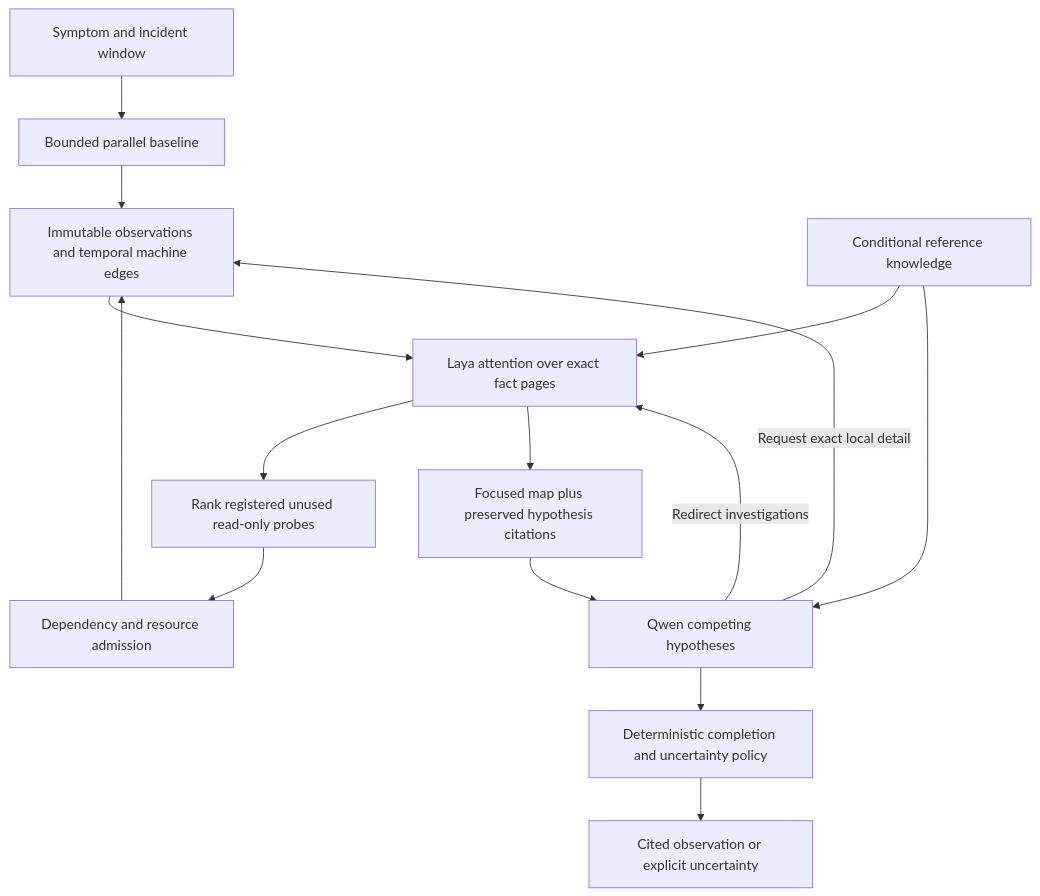
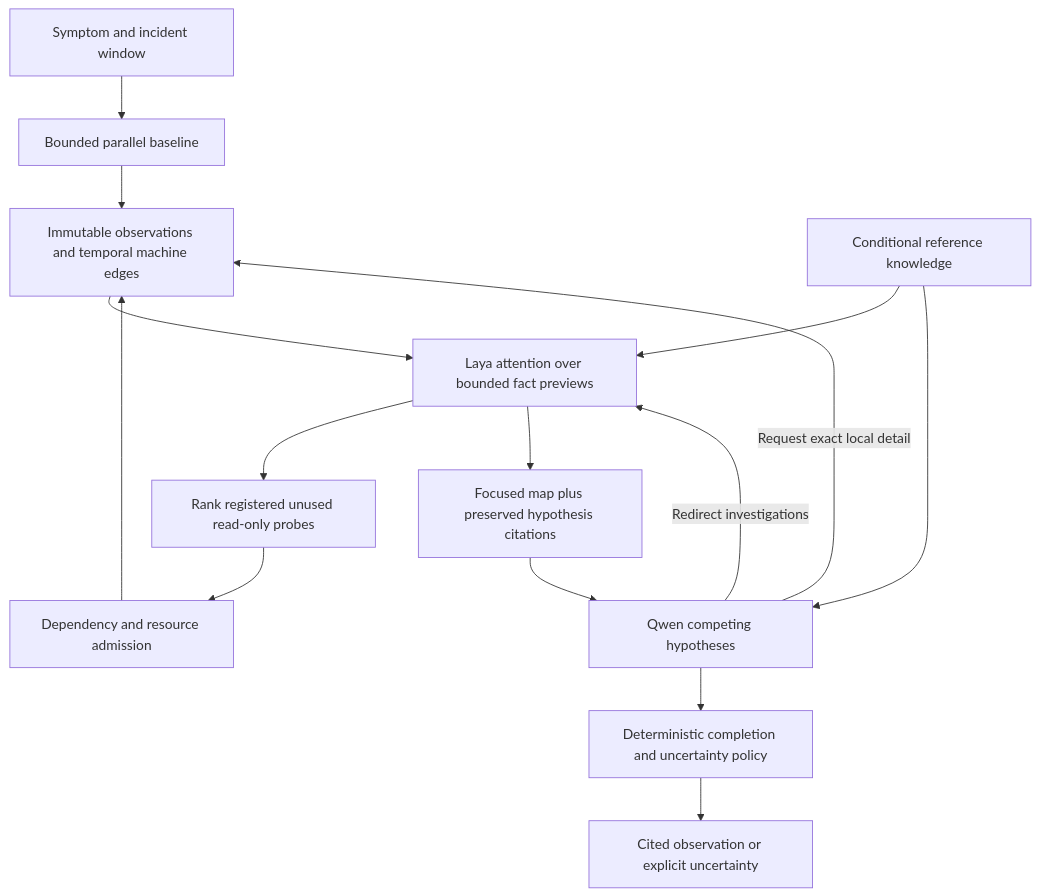
The diagram in docs/architecture/local-two-brain.md (BeeJay805/SystemSense), drawn with Mermaid before and after one commit. The commit also changed other lines of this file and 4 other files, not shown here.

First line of the commit message:
docs(product): Define evidence-gated autonomous repair roadmap

````diff
--- a/docs/architecture/local-two-brain.md
+++ b/docs/architecture/local-two-brain.md
@@ -7,17 +7,17 @@
 ```mermaid
 flowchart TD
     Goal[Symptom and incident window] --> Baseline[Bounded parallel baseline]
     Baseline --> Store[Immutable observations and temporal machine edges]
-    Store --> Attention[Laya attention over exact fact pages]
+    Store --> Attention[Laya attention over bounded fact previews]
     Knowledge[Conditional reference knowledge] --> Attention
     Attention --> Probes[Rank registered unused read-only probes]
     Probes --> Scheduler[Dependency and resource admission]
     Scheduler --> Store
     Attention --> Focus[Focused map plus preserved hypothesis citations]
     Focus --> Deep[Qwen competing hypotheses]
     Knowledge --> Deep
     Deep -->|Redirect investigations| Attention
     Deep -->|Request exact local detail| Store
     Deep --> Gate[Deterministic completion and uncertainty policy]
     Gate --> Report[Cited observation or explicit uncertainty]
 ```
````
